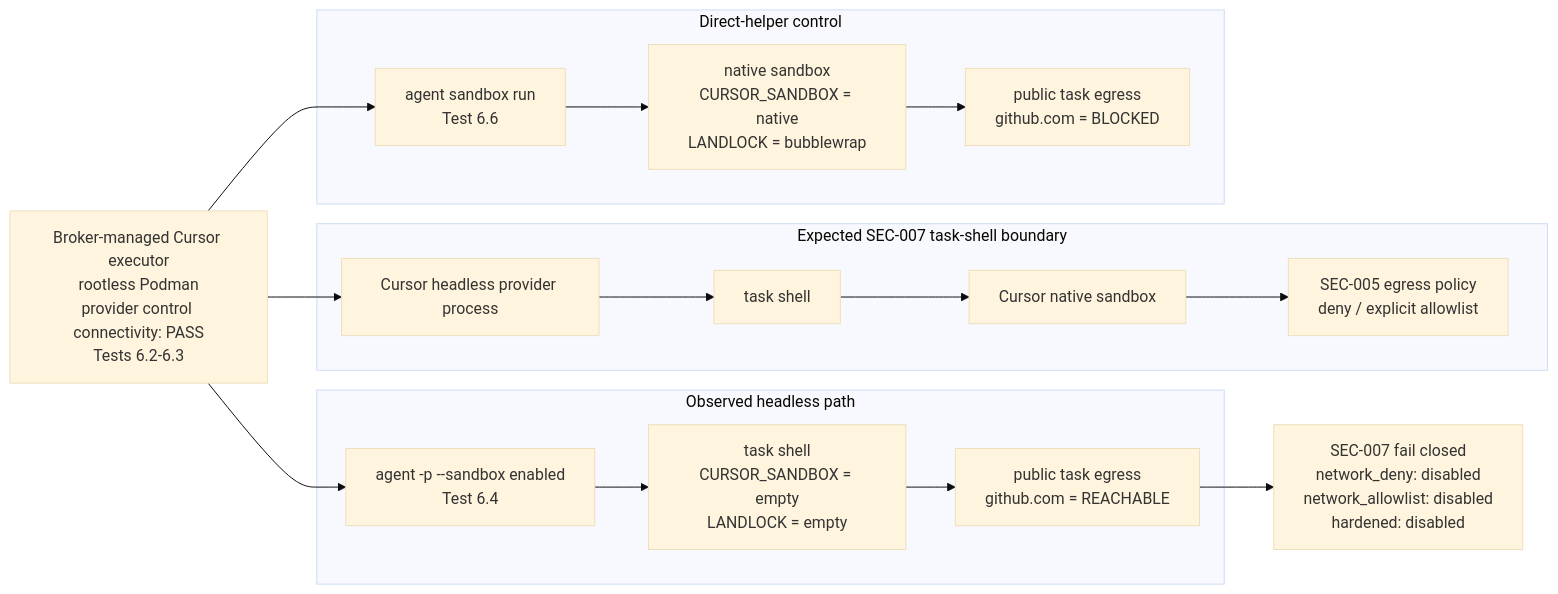
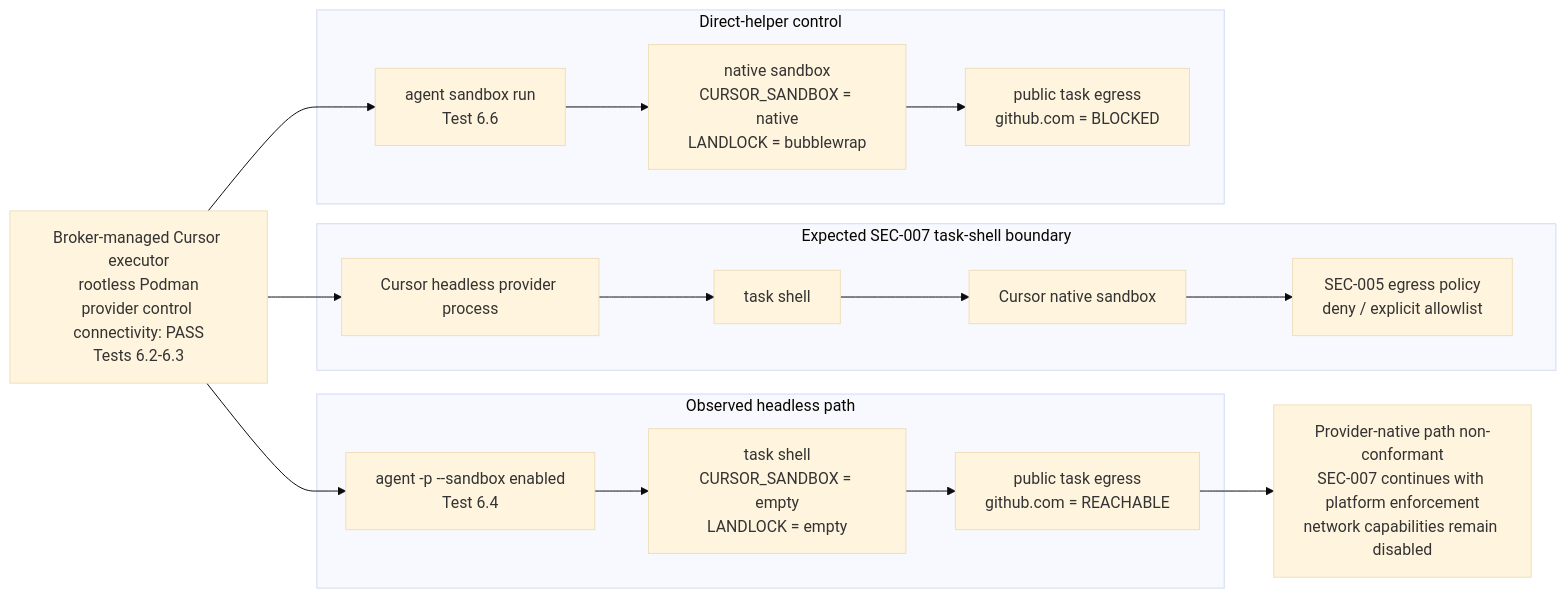
Before and after one commit to drimnek/codex-cursor-devstack: the diagram in docs/ma2-sec-007-cursor-headless-sandbox-characterization-report.md, drawn with Mermaid (base theme). The commit also changed other lines of this file and 3 other files, not shown here.

First line of the commit message:
Reframe Cursor SEC-007 around platform task enforcement

````diff
--- a/docs/ma2-sec-007-cursor-headless-sandbox-characterization-report.md
+++ b/docs/ma2-sec-007-cursor-headless-sandbox-characterization-report.md
@@ -51,33 +60,33 @@
 ```mermaid
 flowchart LR
     A["Broker-managed Cursor executor<br/>rootless Podman<br/>provider control connectivity: PASS<br/>Tests 6.2-6.3"]
 
     subgraph Expected["Expected SEC-007 task-shell boundary"]
         E1["Cursor headless provider process"]
         E2["task shell"]
         E3["Cursor native sandbox"]
         E4["SEC-005 egress policy<br/>deny / explicit allowlist"]
         E1 --> E2 --> E3 --> E4
     end
 
     subgraph Observed["Observed headless path"]
         H1["agent -p --sandbox enabled<br/>Test 6.4"]
         H2["task shell<br/>CURSOR_SANDBOX = empty<br/>LANDLOCK = empty"]
         H3["public task egress<br/>github.com = REACHABLE"]
         H1 --> H2 --> H3
     end
 
     subgraph Control["Direct-helper control"]
         D1["agent sandbox run<br/>Test 6.6"]
         D2["native sandbox<br/>CURSOR_SANDBOX = native<br/>LANDLOCK = bubblewrap"]
         D3["public task egress<br/>github.com = BLOCKED"]
         D1 --> D2 --> D3
     end
 
-    G["SEC-007 fail closed<br/>network_deny: disabled<br/>network_allowlist: disabled<br/>hardened: disabled"]
+    G["Provider-native path non-conformant<br/>SEC-007 continues with platform enforcement<br/>network capabilities remain disabled"]
 
     A --> E1
     A --> H1
     A --> D1
     H3 --> G
 ```
````
